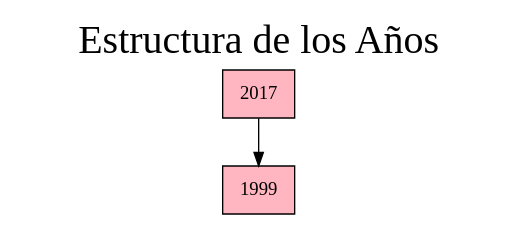
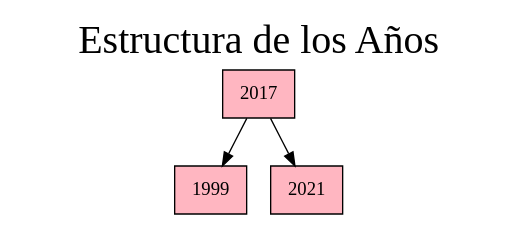
One commit to AngelArteaga1/EDD_VirtualMall_201901816 changed the diagram in EDD_VirtualMall_201901816/Dot/years.dot. Above: the diagram before and after it, drawn with Graphviz. The commit also changed 40 other files, not shown here.

```diff
--- a/EDD_VirtualMall_201901816/Dot/years.dot
+++ b/EDD_VirtualMall_201901816/Dot/years.dot
@@ -1,11 +1,13 @@
 digraph years {
 rankdir=UD
 node[shape=box, fontname="Bookman Old Style", style=filled, fillcolor=lightpink]
 concentrate=true
 labelloc="t";
 label="Estructura de los Años";
 fontsize=30;
 nodo2017 [ label ="2017"];
 nodo1999 [ label ="1999"];
 nodo2017->nodo1999
+nodo2021 [ label ="2021"];
+nodo2017->nodo2021
 }
```
